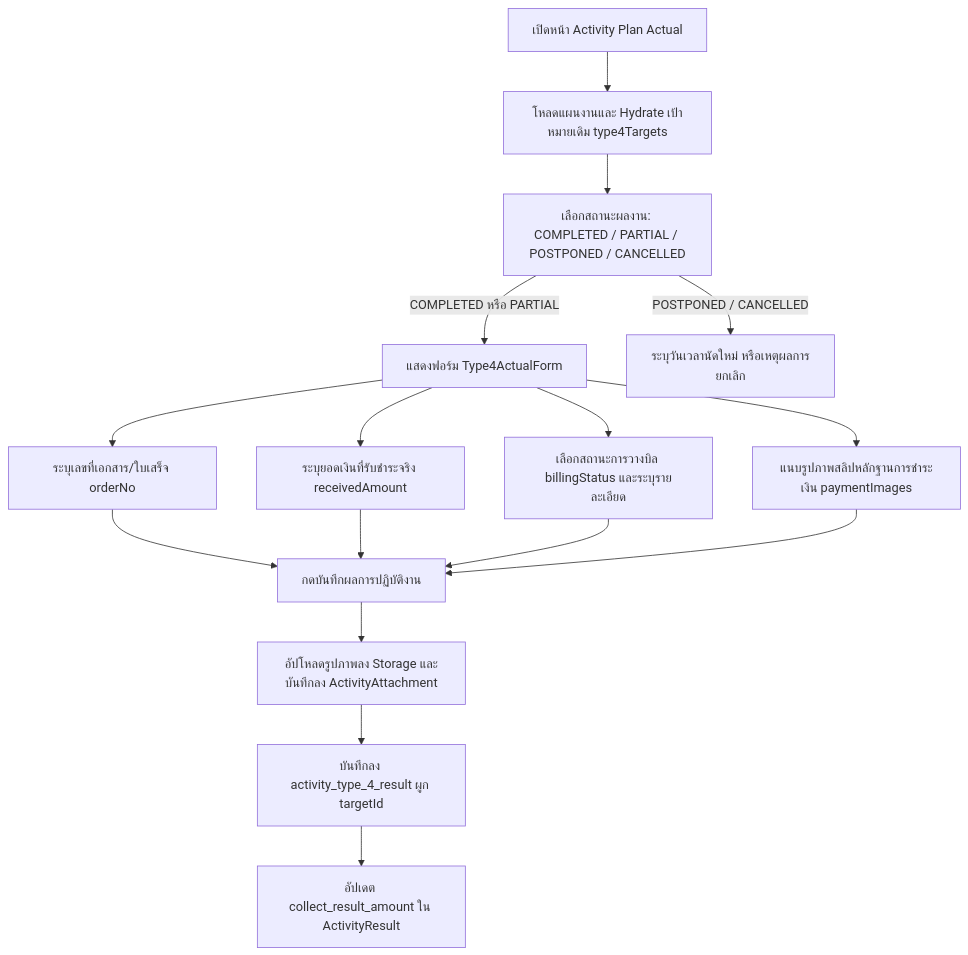
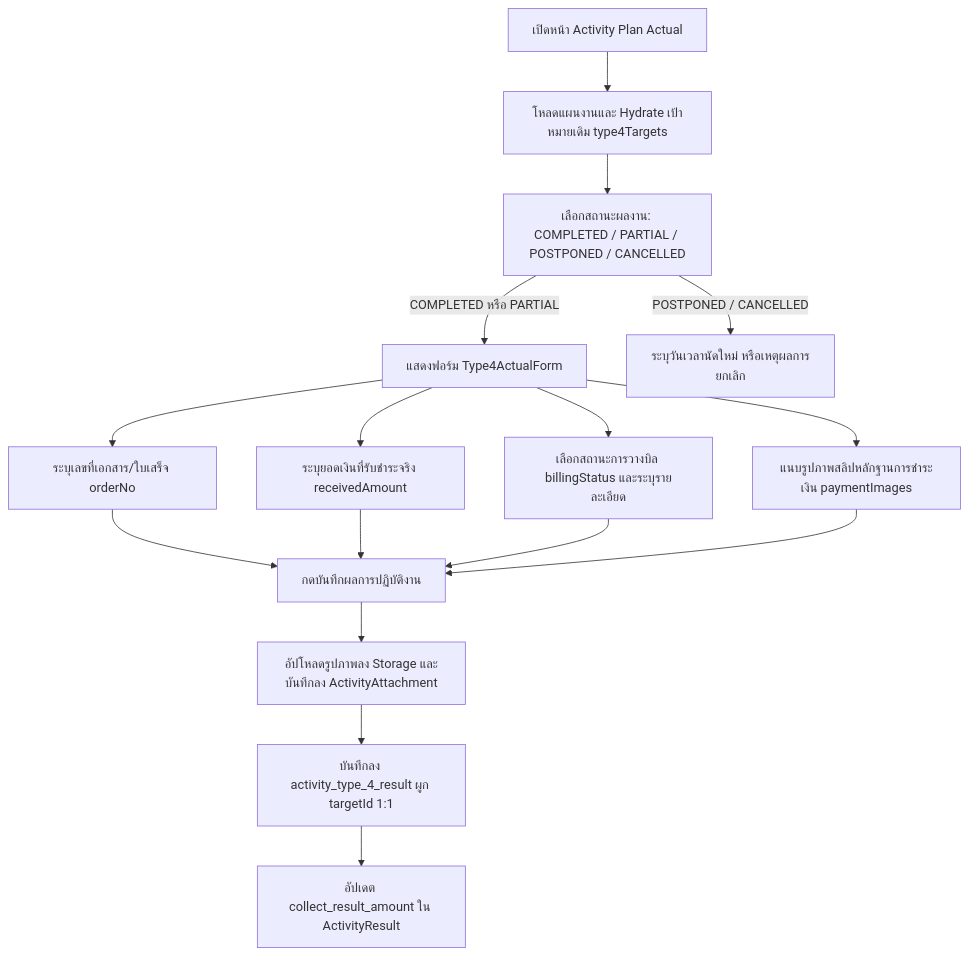
The second of 4 diagrams in modules/activity/features/type-4/README.md (bankhk10/crm-bank), drawn with Mermaid before and after one commit. The commit also changed other lines of this file, not shown here.

````diff
--- a/modules/activity/features/type-4/README.md
+++ b/modules/activity/features/type-4/README.md
@@ -63,15 +62,15 @@
 ```mermaid
 graph TD
     A[เปิดหน้า Activity Plan Actual] --> B[โหลดแผนงานและ Hydrate เป้าหมายเดิม type4Targets]
     B --> C[เลือกสถานะผลงาน: COMPLETED / PARTIAL / POSTPONED / CANCELLED]
     C -->|COMPLETED หรือ PARTIAL| D[แสดงฟอร์ม Type4ActualForm]
     D --> E[ระบุเลขที่เอกสาร/ใบเสร็จ orderNo]
     D --> F[ระบุยอดเงินที่รับชำระจริง receivedAmount]
     D --> G[เลือกสถานะการวางบิล billingStatus และระบุรายละเอียด]
     D --> H[แนบรูปภาพสลิปหลักฐานการชำระเงิน paymentImages]
     E & F & G & H --> I[กดบันทึกผลการปฏิบัติงาน]
     I --> J[อัปโหลดรูปภาพลง Storage และบันทึกลง ActivityAttachment]
-    J --> K[บันทึกลง activity_type_4_result ผูก targetId]
+    J --> K[บันทึกลง activity_type_4_result ผูก targetId 1:1]
     K --> L[อัปเดต collect_result_amount ใน ActivityResult]
     C -->|POSTPONED / CANCELLED| M[ระบุวันเวลานัดใหม่ หรือเหตุผลการยกเลิก]
 ```
````
